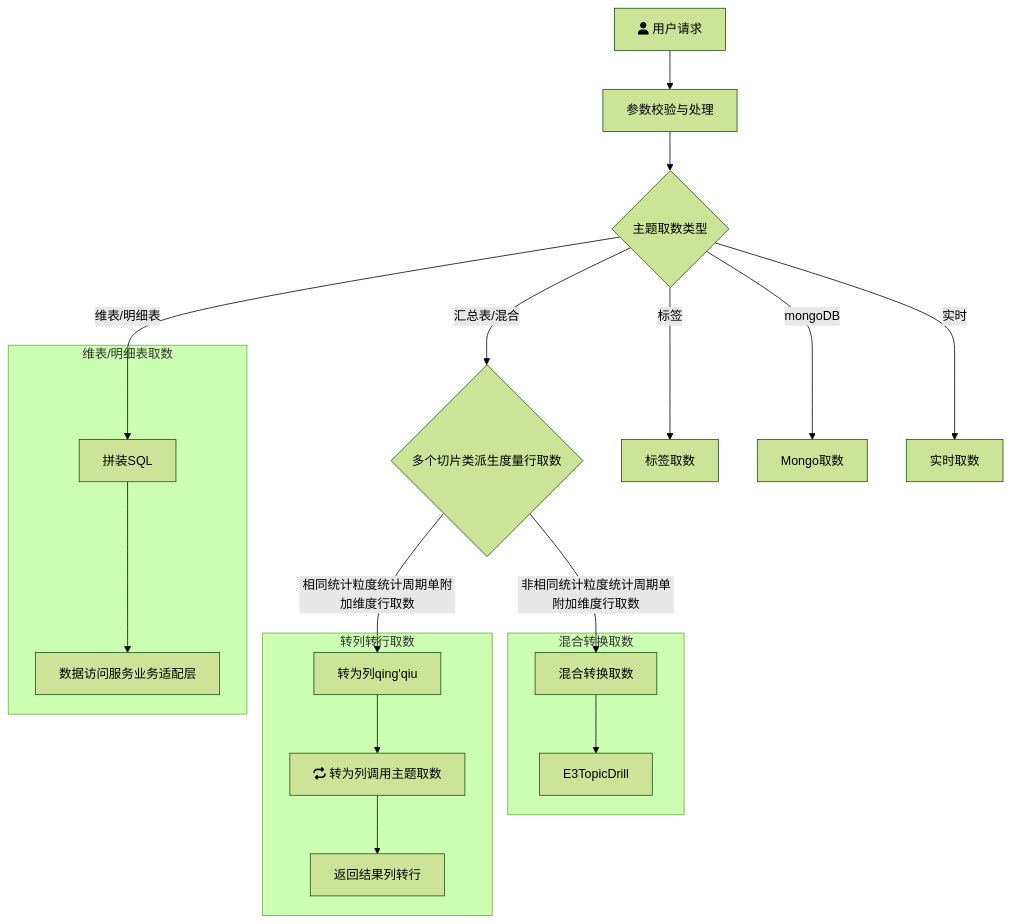
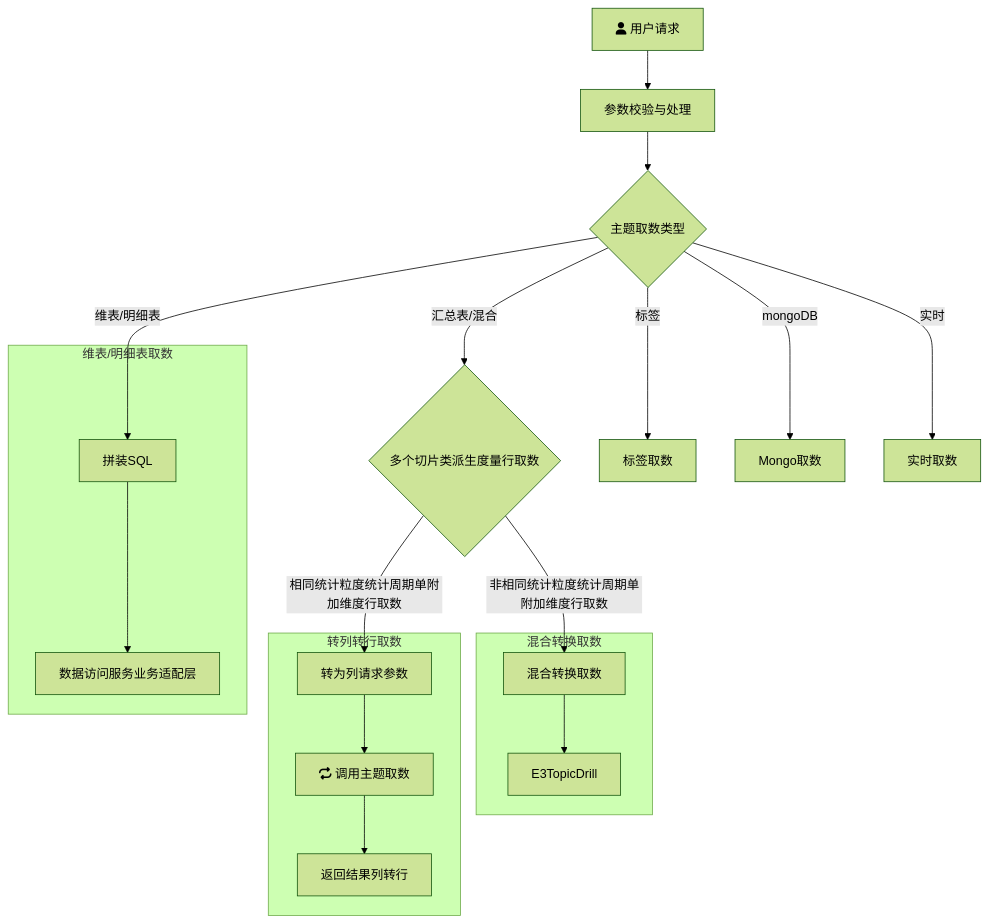
The diagram in all/未命名.md (yanglosm/iodraw-files), drawn with Mermaid (forest theme) before and after one commit.

Commit message:
2024-11-29 18:37:01 update

````diff
--- a/all/未命名.md
+++ b/all/未命名.md
@@ -1,20 +1,20 @@
 ```mermaid
 flowchart TD
     A[fa:fa-user 用户请求] -->A1[参数校验与处理] --> B{主题取数类型}
     B -->|维表/明细表| D[拼装SQL]
     B -->|汇总表/混合| E{多个切片类派生度量行取数}
     B -->|标签| F[标签取数]
     B -->|mongoDB| G[Mongo取数]
     B -->|实时| H[实时取数]
-    E -->|相同统计粒度统计周期单附加维度行取数| E1[转为列qing'qiu]
+    E -->|相同统计粒度统计周期单附加维度行取数| E1[转为列请求参数]
     E -->|非相同统计粒度统计周期单附加维度行取数| E2[混合转换取数]
     subgraph 维表/明细表取数
     D-->D1[数据访问服务业务适配层]
     end
     subgraph 转列转行取数
-    E1-->E11[fa:fa-repeat 转为列调用主题取数]-->E12[返回结果列转行]
+    E1-->E11[fa:fa-repeat 调用主题取数]-->E12[返回结果列转行]
     end
     subgraph 混合转换取数
     E2-->E3TopicDrill
     end
 ```
````
